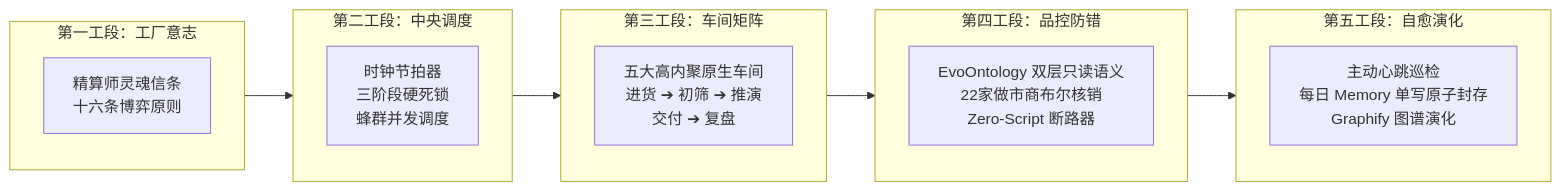
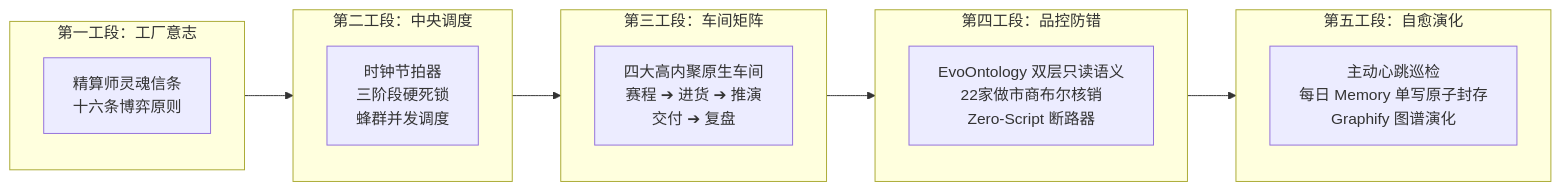
One commit to i0ivi0i/supodds changed the first of 4 diagrams in README.md. Above: the diagram before and after it, drawn with Mermaid. The commit also changed other lines of this file and 12 other files, not shown here.

````diff
--- a/README.md
+++ b/README.md
@@ -39,24 +39,24 @@
 ```mermaid
 flowchart LR
     subgraph S1 ["第一工段：工厂意志"]
       D1["精算师灵魂信条<br/>十六条博弈原则"]
     end
 
     subgraph S2 ["第二工段：中央调度"]
       D2["时钟节拍器<br/>三阶段硬死锁<br/>蜂群并发调度"]
     end
 
     subgraph S3 ["第三工段：车间矩阵"]
-      D3["五大高内聚原生车间<br/>进货 ➔ 初筛 ➔ 推演<br/>交付 ➔ 复盘"]
+      D3["四大高内聚原生车间<br/>赛程 ➔ 进货 ➔ 推演<br/>交付 ➔ 复盘"]
     end
 
     subgraph S4 ["第四工段：品控防错"]
       D4["EvoOntology 双层只读语义<br/>22家做市商布尔核销<br/>Zero-Script 断路器"]
     end
 
     subgraph S5 ["第五工段：自愈演化"]
       D5["主动心跳巡检<br/>每日 Memory 单写原子封存<br/>Graphify 图谱演化"]
     end
 
     S1 --> S2 --> S3 --> S4 --> S5
 ```
````
